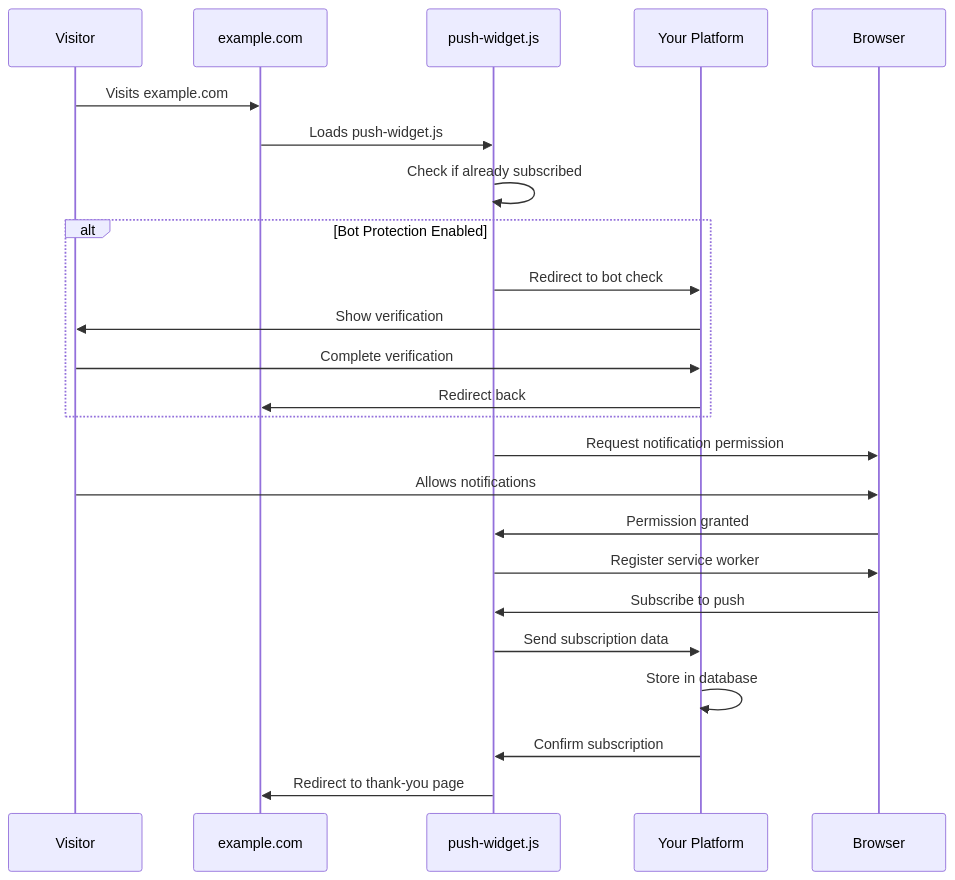
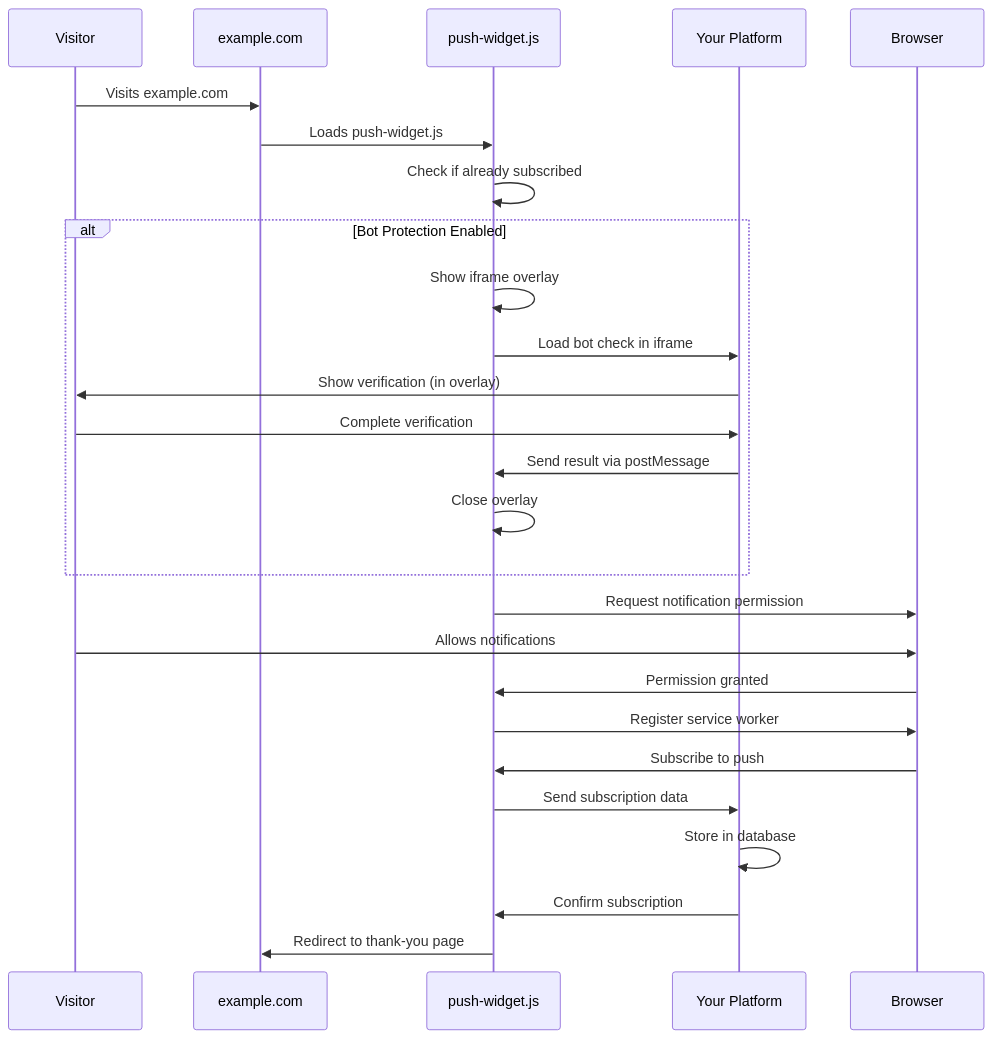
The second of 3 diagrams in docs/INTEGRATION_FLOW.md (affiliatesimran0007/push-notification-app), drawn with Mermaid before and after one commit. The commit also changed other lines of this file and 5 other files, not shown here.

First line of the commit message:
Fix bot protection to use iframe overlay instead of redirect

````diff
--- a/docs/INTEGRATION_FLOW.md
+++ b/docs/INTEGRATION_FLOW.md
@@ -112,29 +123,31 @@
 ```mermaid
 sequenceDiagram
     participant V as Visitor
     participant W as example.com
     participant PW as push-widget.js
     participant P as Your Platform
     participant B as Browser
 
     V->>W: Visits example.com
     W->>PW: Loads push-widget.js
     PW->>PW: Check if already subscribed
     
     alt Bot Protection Enabled
-        PW->>P: Redirect to bot check
-        P->>V: Show verification
+        PW->>PW: Show iframe overlay
+        PW->>P: Load bot check in iframe
+        P->>V: Show verification (in overlay)
         V->>P: Complete verification
-        P->>W: Redirect back
+        P->>PW: Send result via postMessage
+        PW->>PW: Close overlay
     end
     
     PW->>B: Request notification permission
     V->>B: Allows notifications
     B->>PW: Permission granted
     PW->>B: Register service worker
     B->>PW: Subscribe to push
     PW->>P: Send subscription data
     P->>P: Store in database
     P->>PW: Confirm subscription
     PW->>W: Redirect to thank-you page
 ```
````
